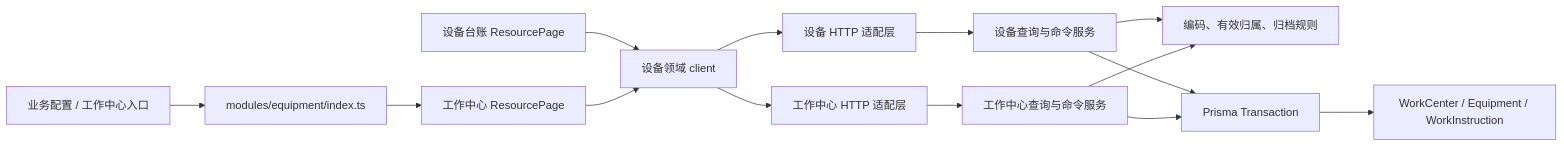
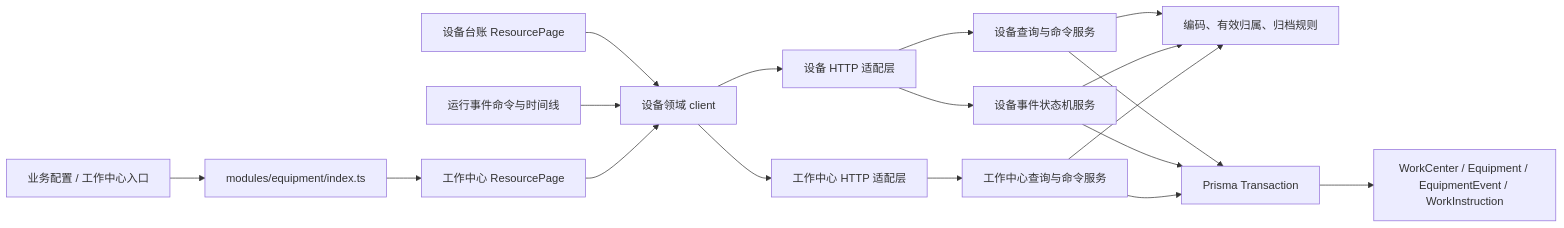
One commit to goldf2/mes-lite changed the sixth of 9 diagrams in docs/architecture/系统结构图.md. Above: the diagram before and after it, drawn with Mermaid. The commit also changed other lines of this file and 212 other files, not shown here.

Commit message:
feat: add auditable equipment event timeline

````diff
--- a/docs/architecture/系统结构图.md
+++ b/docs/architecture/系统结构图.md
@@ -134,16 +134,20 @@
 ```mermaid
 flowchart LR
   EquipmentPage["设备台账 ResourcePage"] --> Client["设备领域 client"]
+  EventDialog["运行事件命令与时间线"] --> Client
   ConfigEntry["业务配置 / 工作中心入口"] --> Public["modules/equipment/index.ts"]
   Public --> CenterPage["工作中心 ResourcePage"]
   CenterPage --> Client
   Client --> EquipmentAPI["设备 HTTP 适配层"]
   Client --> CenterAPI["工作中心 HTTP 适配层"]
   EquipmentAPI --> EquipmentService["设备查询与命令服务"]
+  EquipmentAPI --> EventService["设备事件状态机服务"]
   CenterAPI --> CenterService["工作中心查询与命令服务"]
   EquipmentService --> Rules["编码、有效归属、归档规则"]
+  EventService --> Rules
   CenterService --> Rules
   EquipmentService --> Prisma["Prisma Transaction"]
+  EventService --> Prisma
   CenterService --> Prisma
-  Prisma --> Models["WorkCenter / Equipment / WorkInstruction"]
+  Prisma --> Models["WorkCenter / Equipment / EquipmentEvent / WorkInstruction"]
 ```
````
